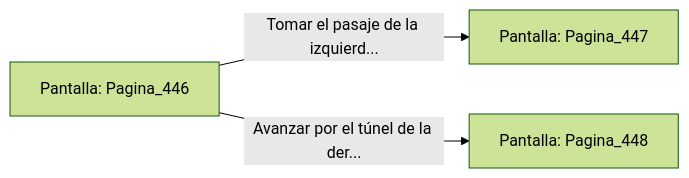
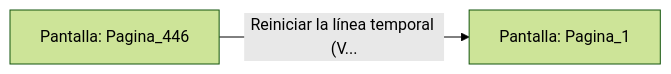
The diagram in sample/eligejuego-vault/Pantalla_Pagina_446.md (metsuke/mpl), drawn with Mermaid (forest theme) before and after one commit. The commit also changed other lines of this file and 635 other files, not shown here.

First line of the commit message:
fix: añadir Pagina_1 como pantalla inicial en capitulo_01.mpl

````diff
--- a/sample/eligejuego-vault/Pantalla_Pagina_446.md
+++ b/sample/eligejuego-vault/Pantalla_Pagina_446.md
@@ -20,6 +17,5 @@
 ```mermaid
 graph LR
     P_Pagina_446["Pantalla: Pagina_446"]
-    P_Pagina_446 -->|"Tomar el pasaje de la izquierd..."| P_Pagina_447["Pantalla: Pagina_447"]
-    P_Pagina_446 -->|"Avanzar por el túnel de la der..."| P_Pagina_448["Pantalla: Pagina_448"]
+    P_Pagina_446 -->|"Reiniciar la línea temporal (V..."| P_Pagina_1["Pantalla: Pagina_1"]
 ```
````
